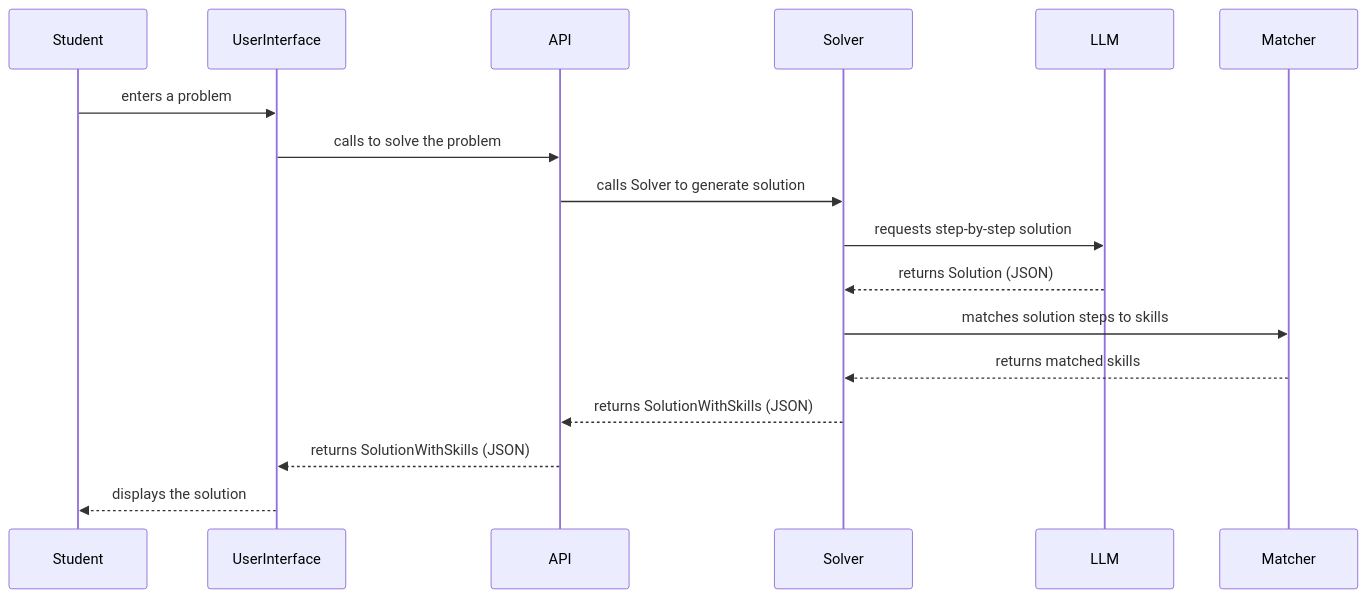
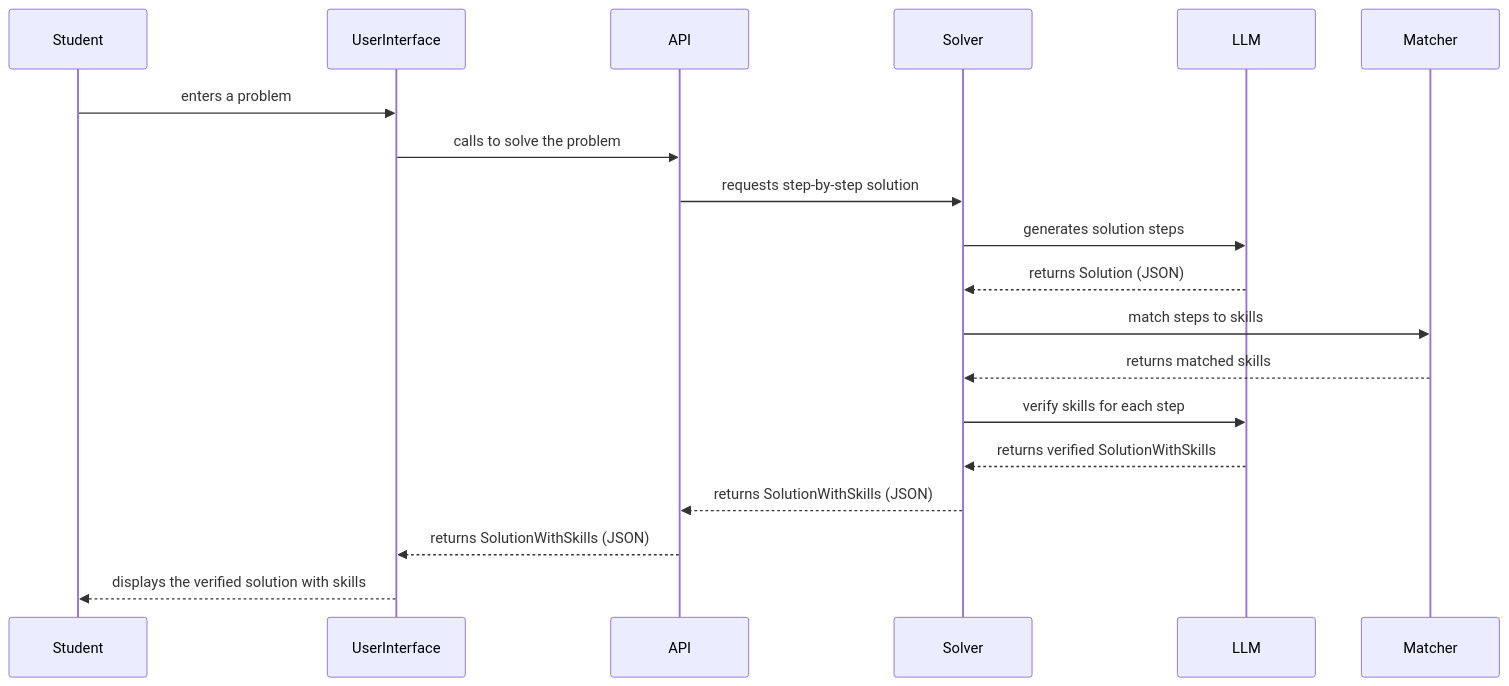
The diagram in docs/v1/design.md (lukik45/math-buddy), drawn with Mermaid before and after one commit. The commit also changed other lines of this file and 2 other files, not shown here.

````diff
--- a/docs/v1/design.md
+++ b/docs/v1/design.md
@@ -147,21 +148,23 @@
 ```mermaid
 sequenceDiagram
     participant Student
     participant UserInterface
     participant API
     participant Solver
     participant LLM
     participant Matcher
 
     Student ->> UserInterface: enters a problem
     UserInterface ->> API: calls to solve the problem
-    API ->> Solver: calls Solver to generate solution
-    Solver ->> LLM: requests step-by-step solution
+    API ->> Solver: requests step-by-step solution
+    Solver ->> LLM: generates solution steps
     LLM -->> Solver: returns Solution (JSON)
-    Solver ->> Matcher: matches solution steps to skills
+    Solver ->> Matcher: match steps to skills
     Matcher -->> Solver: returns matched skills
+    Solver ->> LLM: verify skills for each step
+    LLM -->> Solver: returns verified SolutionWithSkills
     Solver -->> API: returns SolutionWithSkills (JSON)
     API -->> UserInterface: returns SolutionWithSkills (JSON)
-    UserInterface -->> Student: displays the solution
+    UserInterface -->> Student: displays the verified solution with skills
 
 ```
````
